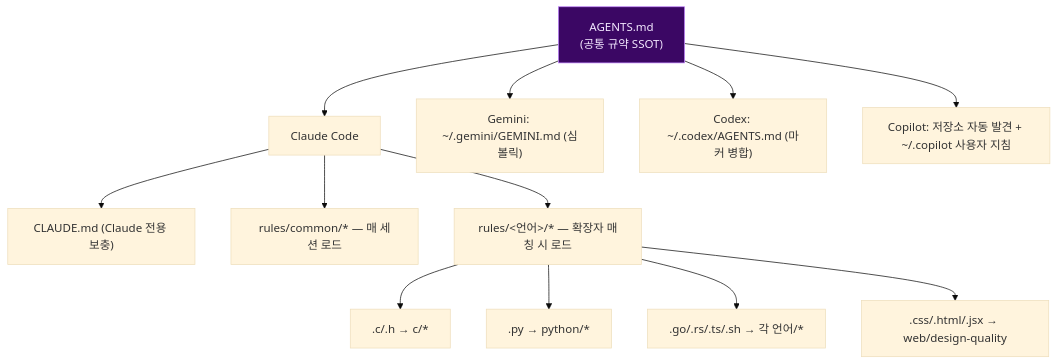
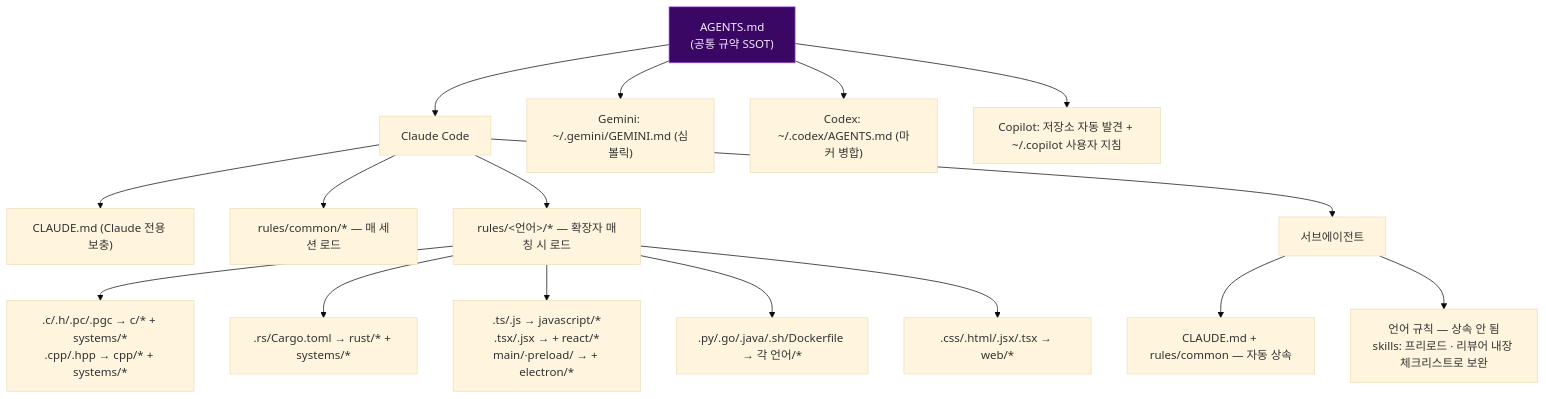
One commit to jomarusoup/Arachne changed the third of 7 diagrams in docs/ARCHITECTURE.md. Above: the diagram before and after it, drawn with Mermaid (base theme). The commit also changed other lines of this file and 69 other files, not shown here.

First line of the commit message:
docs: W6 문서·지시 파일 최신화와 구조 다이어그램 보강

````diff
--- a/docs/ARCHITECTURE.md
+++ b/docs/ARCHITECTURE.md
@@ -267,21 +293,26 @@
 ```mermaid
 flowchart TB
     AGENTS["AGENTS.md<br/>(공통 규약 SSOT)"]
 
     AGENTS --> CLAUDE["Claude Code"]
     AGENTS --> GEMINI["Gemini: ~/.gemini/GEMINI.md (심볼릭)"]
     AGENTS --> CODEX["Codex: ~/.codex/AGENTS.md (마커 병합)"]
     AGENTS --> COPILOT["Copilot: 저장소 자동 발견 + ~/.copilot 사용자 지침"]
 
     CLAUDE --> CM["CLAUDE.md (Claude 전용 보충)"]
     CLAUDE --> RC["rules/common/* — 매 세션 로드"]
     CLAUDE --> RL["rules/<언어>/* — 확장자 매칭 시 로드"]
 
-    RL --> EX1[".c/.h → c/*"]
-    RL --> EX2[".py → python/*"]
-    RL --> EX3[".go/.rs/.ts/.sh → 각 언어/*"]
-    RL --> EX4[".css/.html/.jsx → web/design-quality"]
+    RL --> EX1[".c/.h/.pc/.pgc → c/* + systems/*<br/>.cpp/.hpp → cpp/* + systems/*"]
+    RL --> EX2[".rs/Cargo.toml → rust/* + systems/*"]
+    RL --> EX3[".ts/.js → javascript/*<br/>.tsx/.jsx → + react/*<br/>main/·preload/ → + electron/*"]
+    RL --> EX4[".py/.go/.java/.sh/Dockerfile → 각 언어/*"]
+    RL --> EX5[".css/.html/.jsx/.tsx → web/*"]
+
+    CLAUDE --> SUB["서브에이전트"]
+    SUB --> SUB1["CLAUDE.md + rules/common — 자동 상속"]
+    SUB --> SUB2["언어 규칙 — 상속 안 됨<br/>skills: 프리로드 · 리뷰어 내장 체크리스트로 보완"]
 
     classDef ssot fill:#3b0764,stroke:#c084fc,color:#f3e8ff;
     class AGENTS ssot;
 ```
````
